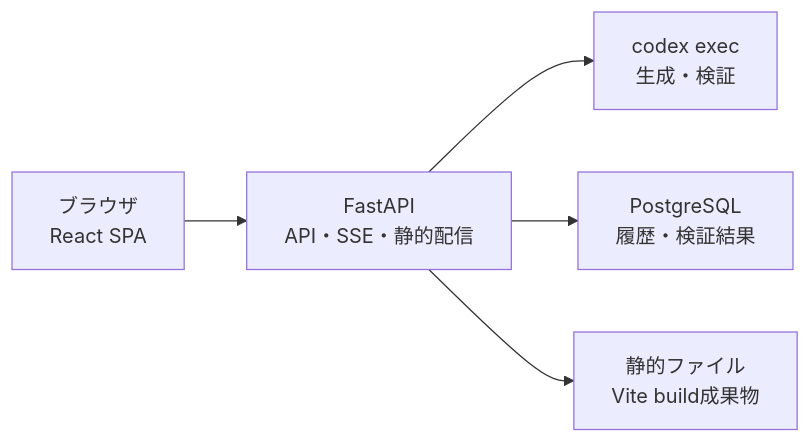
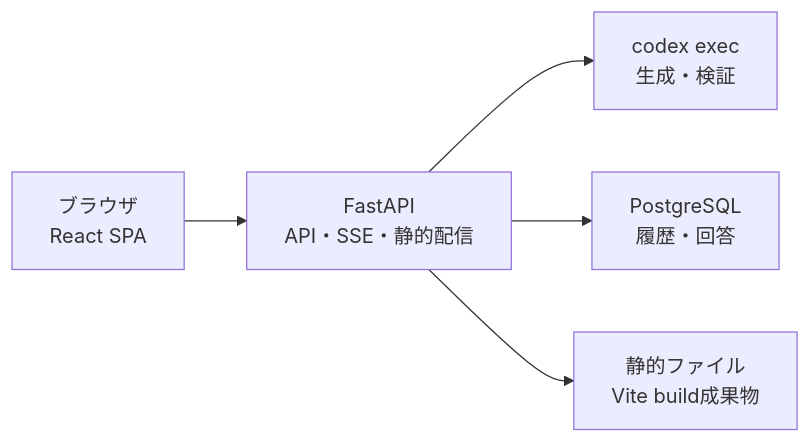
Before and after one commit to mincsys/D-Concierge: the diagram in docs/00_設計メモ/技術構成と実行方式.md, drawn with Mermaid. The commit also changed other lines of this file and 34 other files, not shown here.

````diff
--- a/docs/00_設計メモ/技術構成と実行方式.md
+++ b/docs/00_設計メモ/技術構成と実行方式.md
@@ -30,7 +30,7 @@
 ```mermaid
 flowchart LR
   Browser["ブラウザ<br>React SPA"] --> FastAPI["FastAPI<br>API・SSE・静的配信"]
   FastAPI --> Codex["codex exec<br>生成・検証"]
-  FastAPI --> DB["PostgreSQL<br>履歴・検証結果"]
+  FastAPI --> DB["PostgreSQL<br>履歴・回答"]
   FastAPI --> Static["静的ファイル<br>Vite build成果物"]
 ```
````
